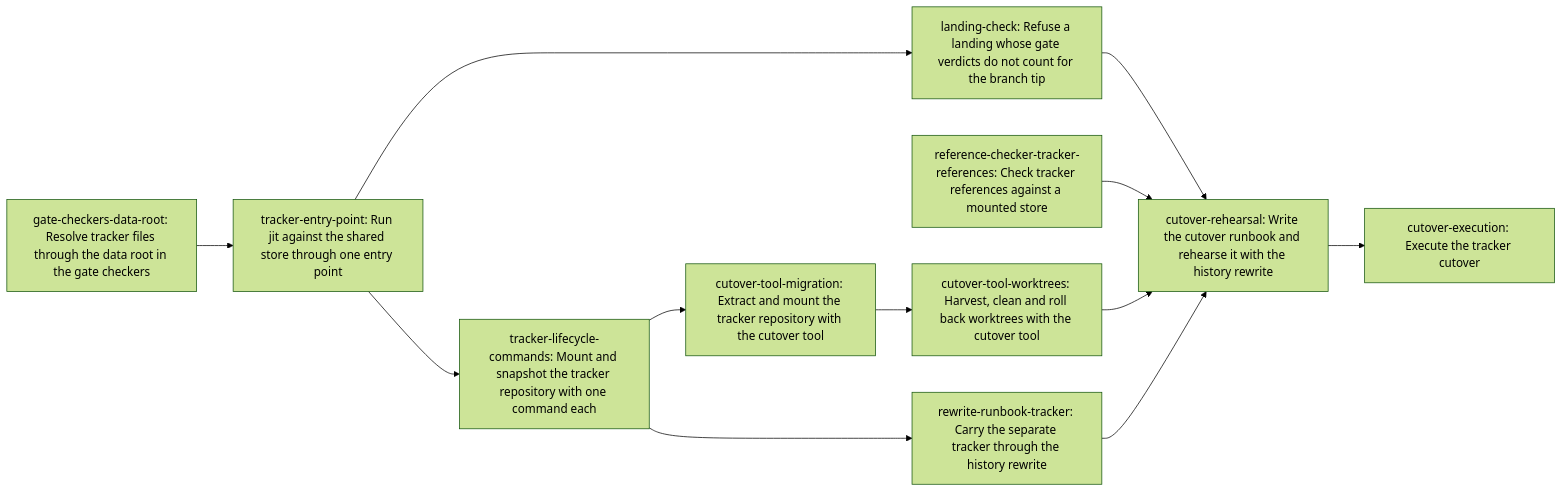
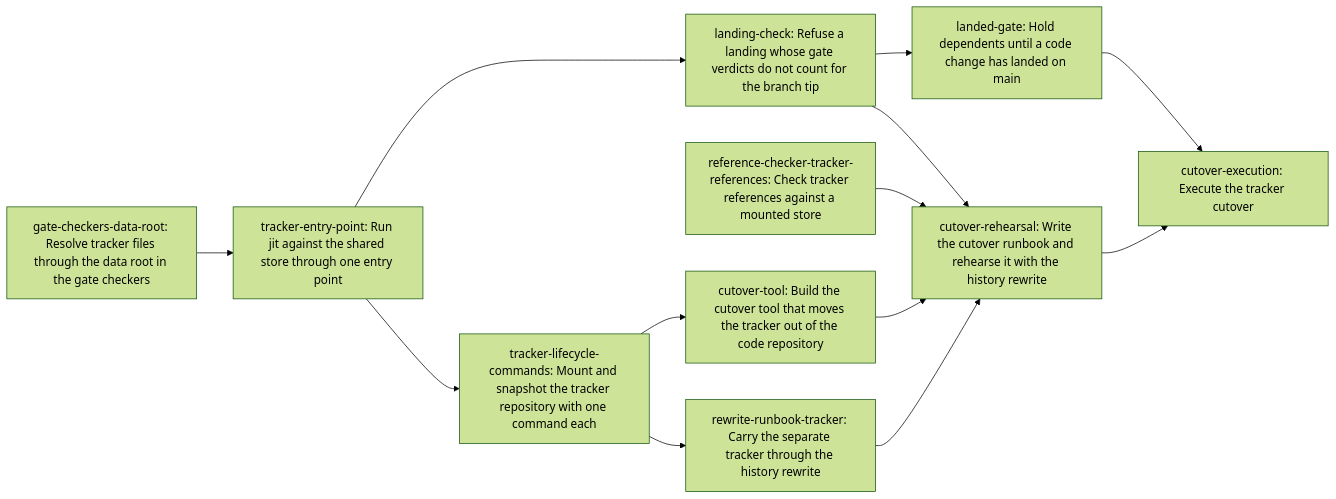
The diagram in dev/active/6ba9be17-tracker-repository/plan.md (erankavija/gf2), drawn with Mermaid (forest theme) before and after one commit. The commit also changed other lines of this file and 2 other files, not shown here.

First line of the commit message:
docs(jit:6ba9be17): apply the owner answers to the cutover plan

````diff
--- a/dev/active/6ba9be17-tracker-repository/plan.md
+++ b/dev/active/6ba9be17-tracker-repository/plan.md
@@ -157,24 +160,25 @@
 ```mermaid
 flowchart LR
     N0["gate-checkers-data-root: Resolve tracker files through the data root in the gate checkers"]
     N1["tracker-entry-point: Run jit against the shared store through one entry point"]
     N2["landing-check: Refuse a landing whose gate verdicts do not count for the branch tip"]
-    N3["reference-checker-tracker-references: Check tracker references against a mounted store"]
-    N4["tracker-lifecycle-commands: Mount and snapshot the tracker repository with one command each"]
-    N5["cutover-tool-migration: Extract and mount the tracker repository with the cutover tool"]
-    N6["cutover-tool-worktrees: Harvest, clean and roll back worktrees with the cutover tool"]
+    N3["landed-gate: Hold dependents until a code change has landed on main"]
+    N4["reference-checker-tracker-references: Check tracker references against a mounted store"]
+    N5["tracker-lifecycle-commands: Mount and snapshot the tracker repository with one command each"]
+    N6["cutover-tool: Build the cutover tool that moves the tracker out of the code repository"]
     N7["rewrite-runbook-tracker: Carry the separate tracker through the history rewrite"]
     N8["cutover-rehearsal: Write the cutover runbook and rehearse it with the history rewrite"]
     N9["cutover-execution: Execute the tracker cutover"]
     N0 --> N1
     N1 --> N2
-    N1 --> N4
-    N4 --> N5
+    N2 --> N3
+    N1 --> N5
     N5 --> N6
-    N4 --> N7
+    N5 --> N7
     N2 --> N8
-    N3 --> N8
+    N4 --> N8
     N6 --> N8
     N7 --> N8
     N8 --> N9
+    N3 --> N9
 ```
````
